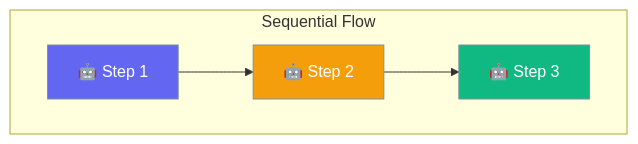
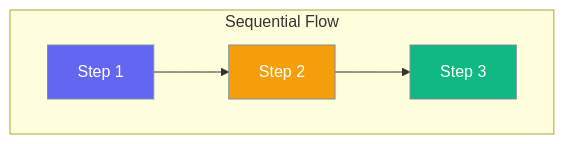
Before and after one commit to MervinPraison/PraisonAIDocs: the second of 5 diagrams in docs/concepts/agentflow.mdx, drawn with Mermaid. The commit also changed other lines of this file, not shown here.

Commit message:
Fix Mermaid diagrams: remove emojis for better rendering

````diff
--- a/docs/concepts/agentflow.mdx
+++ b/docs/concepts/agentflow.mdx
@@ -124,12 +124,12 @@
 ```mermaid
 flowchart LR
     subgraph Sequential["Sequential Flow"]
         direction LR
-        A["🤖 Step 1"] --> B["🤖 Step 2"]
-        B --> C["🤖 Step 3"]
+        A["Step 1"] --> B["Step 2"]
+        B --> C["Step 3"]
     end
     
     style A fill:#6366F1,stroke:#7C90A0,color:#fff
     style B fill:#F59E0B,stroke:#7C90A0,color:#fff
     style C fill:#10B981,stroke:#7C90A0,color:#fff
 ```
````
